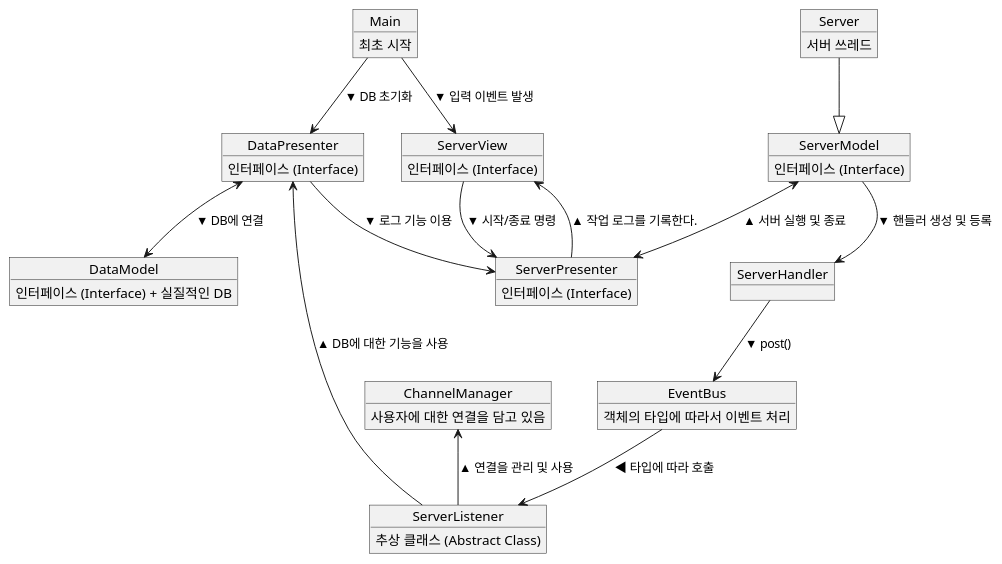
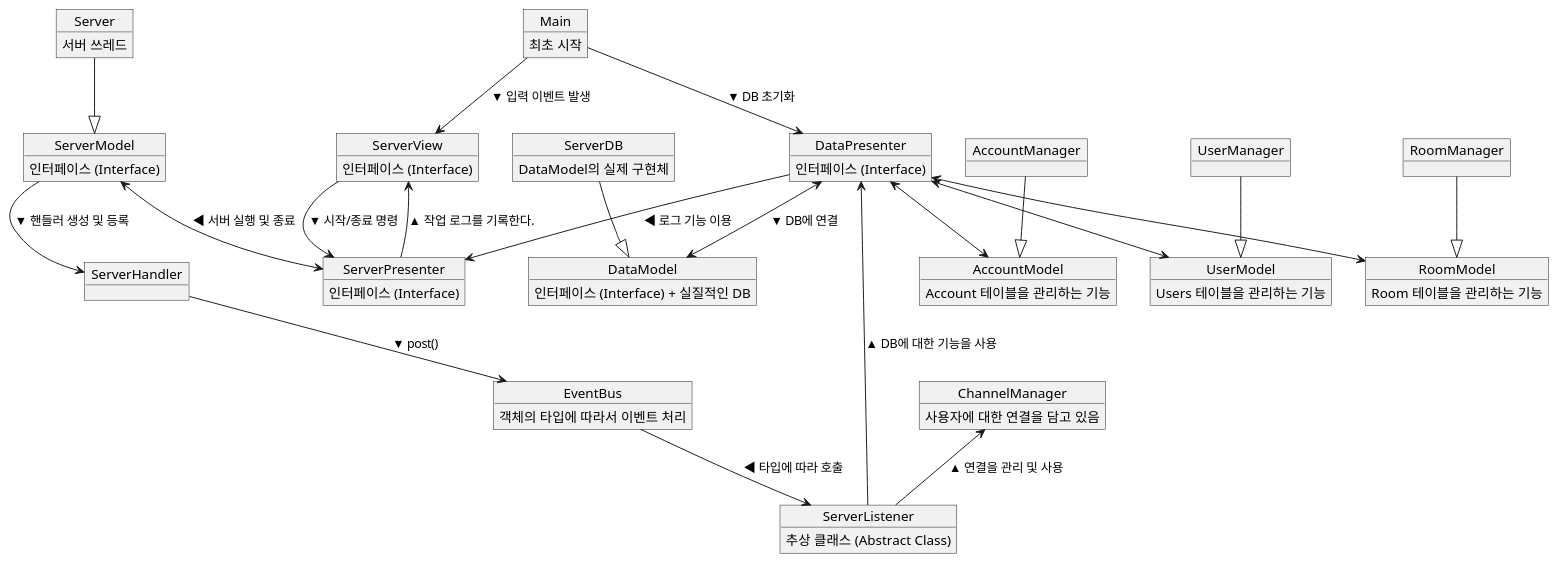
The diagram in Server/설계/서버 SW.puml (rlaehd62/Telestration), drawn with PlantUML before and after one commit. The commit also changed 14 other files, not shown here.

```diff
--- a/Server/설계/서버 SW.puml
+++ b/Server/설계/서버 SW.puml
@@ -1,45 +1,69 @@
 @startuml
 
 object Main
 object ServerPresenter
 object ServerModel
 object ServerView
 object Server
 object ServerHandler
 object EventBus
 object ServerListener
 
 object DataPresenter
 object DataModel
 object ChannelManager
+
+object RoomModel
+object AccountModel
+object UserModel
+
+object RoomManager
+object AccountManager
+object UserManager
+object ServerDB
+
+
+ServerDB : DataModel의 실제 구현체
+RoomModel : Room 테이블을 관리하는 기능
+AccountModel : Account 테이블을 관리하는 기능
+UserModel : Users 테이블을 관리하는 기능
 
 Main : 최초 시작
 EventBus : 객체의 타입에 따라서 이벤트 처리
 ServerPresenter : 인터페이스 (Interface)
 ServerView : 인터페이스 (Interface)
 ServerModel : 인터페이스 (Interface)
 DataPresenter : 인터페이스 (Interface)
 DataModel : 인터페이스 (Interface) + 실질적인 DB
 ServerListener : 추상 클래스 (Abstract Class)
 Server : 서버 쓰레드
 ChannelManager : 사용자에 대한 연결을 담고 있음
 
 
 Server --|> ServerModel
 
 Main --> ServerView : ▼ 입력 이벤트 발생
 Main --> DataPresenter : ▼ DB 초기화
 
 ServerView <-- ServerPresenter : ▲ 작업 로그를 기록한다.
 ServerView --> ServerPresenter : ▼ 시작/종료 명령
-ServerModel <--> ServerPresenter : ▲ 서버 실행 및 종료
+ServerModel <--> ServerPresenter : ◀ 서버 실행 및 종료
 ServerModel --> ServerHandler : ▼ 핸들러 생성 및 등록
 
+
 DataPresenter <--> DataModel : ▼ DB에 연결
-DataPresenter --> ServerPresenter : ▼ 로그 기능 이용
+DataPresenter <--> RoomModel
+DataPresenter <--> AccountModel
+DataPresenter <--> UserModel
+DataPresenter --> ServerPresenter : ◀ 로그 기능 이용
+
+ServerDB --|> DataModel
+RoomManager --|> RoomModel
+AccountManager --|> AccountModel
+UserManager --|> UserModel
 
 ServerHandler --> EventBus : ▼ post()
 EventBus --> ServerListener : ◀ 타입에 따라 호출
 DataPresenter <-- ServerListener : ▲ DB에 대한 기능을 사용
 ChannelManager <-- ServerListener : ▲ 연결을 관리 및 사용
 @enduml
```
